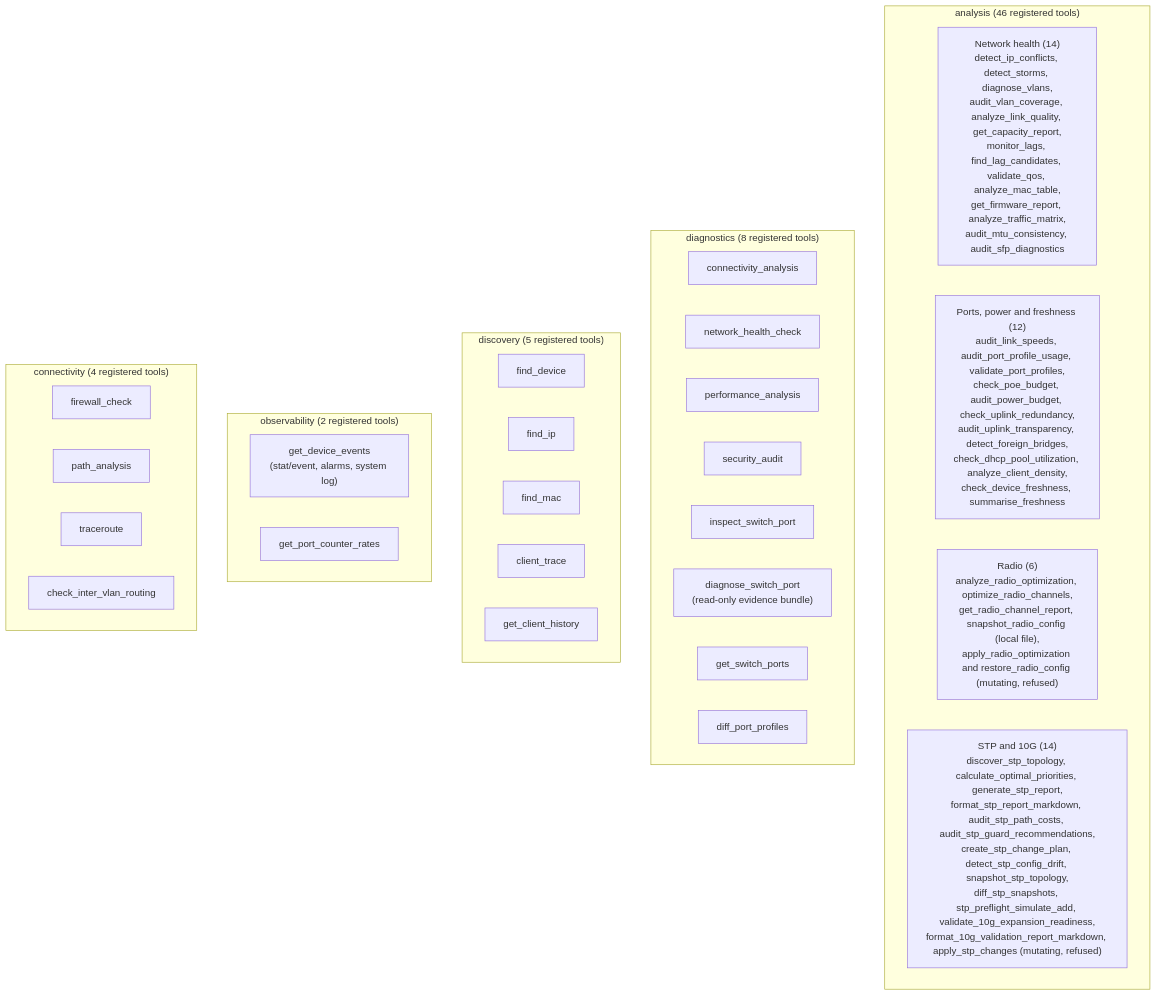
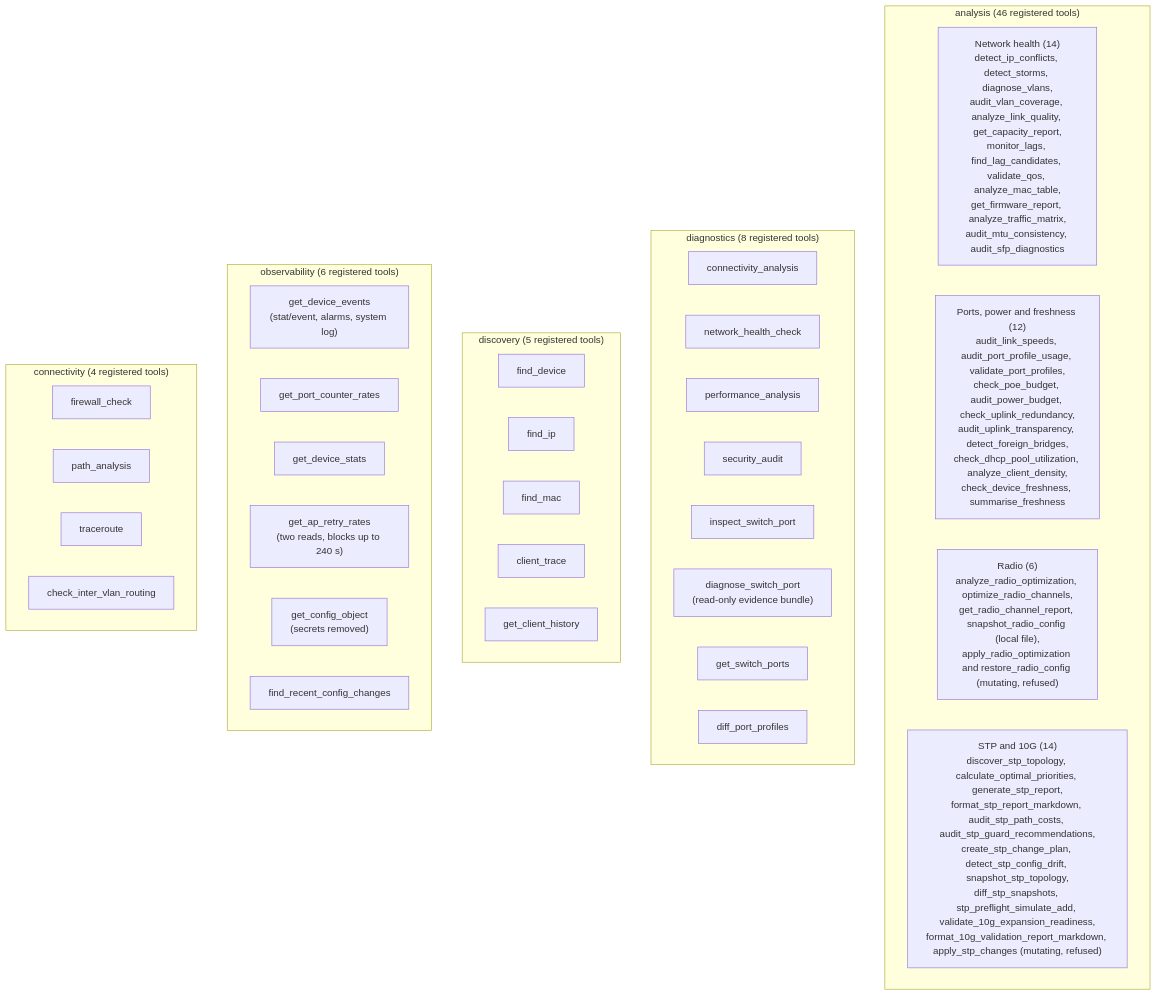
The fifth of 21 diagrams in docs/architecture/architecture-overview.md (NetDevAutomate/unifi_management_cli), drawn with Mermaid before and after one commit. The commit also changed other lines of this file and 23 other files, not shown here.

First line of the commit message:
feat(observability): add device stats, AP retries, config objects and changes

````diff
--- a/docs/architecture/architecture-overview.md
+++ b/docs/architecture/architecture-overview.md
@@ -488,41 +502,45 @@
 ```mermaid
 graph TD
     subgraph analysis["analysis (46 registered tools)"]
         direction LR
         H["Network health (14)\ndetect_ip_conflicts, detect_storms, diagnose_vlans,\naudit_vlan_coverage, analyze_link_quality, get_capacity_report,\nmonitor_lags, find_lag_candidates, validate_qos, analyze_mac_table,\nget_firmware_report, analyze_traffic_matrix,\naudit_mtu_consistency, audit_sfp_diagnostics"]
         P["Ports, power and freshness (12)\naudit_link_speeds, audit_port_profile_usage, validate_port_profiles,\ncheck_poe_budget, audit_power_budget, check_uplink_redundancy,\naudit_uplink_transparency, detect_foreign_bridges,\ncheck_dhcp_pool_utilization, analyze_client_density,\ncheck_device_freshness, summarise_freshness"]
         R["Radio (6)\nanalyze_radio_optimization, optimize_radio_channels,\nget_radio_channel_report, snapshot_radio_config (local file),\napply_radio_optimization and restore_radio_config (mutating, refused)"]
         S["STP and 10G (14)\ndiscover_stp_topology, calculate_optimal_priorities, generate_stp_report,\nformat_stp_report_markdown, audit_stp_path_costs, audit_stp_guard_recommendations,\ncreate_stp_change_plan, detect_stp_config_drift, snapshot_stp_topology,\ndiff_stp_snapshots, stp_preflight_simulate_add, validate_10g_expansion_readiness,\nformat_10g_validation_report_markdown, apply_stp_changes (mutating, refused)"]
     end
 
     subgraph diagnostics["diagnostics (8 registered tools)"]
         D1["connectivity_analysis"]
         D2["network_health_check"]
         D3["performance_analysis"]
         D4["security_audit"]
         D5["inspect_switch_port"]
         D6["diagnose_switch_port\n(read-only evidence bundle)"]
         D7["get_switch_ports"]
         D8["diff_port_profiles"]
     end
 
     subgraph discovery["discovery (5 registered tools)"]
         DS1["find_device"]
         DS2["find_ip"]
         DS3["find_mac"]
         DS4["client_trace"]
         DS5["get_client_history"]
     end
 
-    subgraph observability["observability (2 registered tools)"]
+    subgraph observability["observability (6 registered tools)"]
         O1["get_device_events\n(stat/event, alarms, system log)"]
         O2["get_port_counter_rates"]
+        O3["get_device_stats"]
+        O4["get_ap_retry_rates\n(two reads, blocks up to 240 s)"]
+        O5["get_config_object\n(secrets removed)"]
+        O6["find_recent_config_changes"]
     end
 
     subgraph connectivity["connectivity (4 registered tools)"]
         C1["firewall_check"]
         C2["path_analysis"]
         C3["traceroute"]
         C4["check_inter_vlan_routing"]
     end
 ```
````
